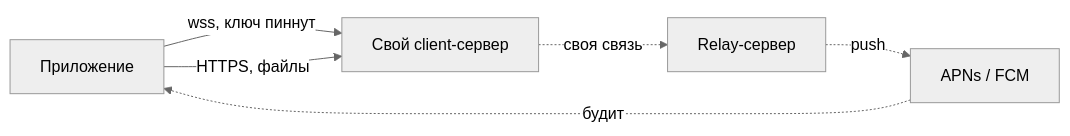
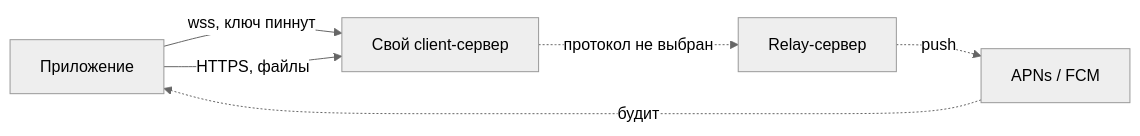
Before and after one commit to cyphernet-labs/nox-app: the first of 3 diagrams in docs/preview/client-backend-connect/client-backend-connect-preview.md, drawn with Mermaid (neutral theme). The commit also changed other lines of this file and 3 other files, not shown here.

````diff
--- a/docs/preview/client-backend-connect/client-backend-connect-preview.md
+++ b/docs/preview/client-backend-connect/client-backend-connect-preview.md
@@ -25,8 +25,8 @@
 ```mermaid
 flowchart LR
   APP["Приложение"] -->|"wss, ключ пиннут"| CB["Свой client-сервер"]
   APP -->|"HTTPS, файлы"| CB
-  CB -.->|"своя связь"| RELAY["Relay-сервер"]
+  CB -.->|"протокол не выбран"| RELAY["Relay-сервер"]
   RELAY -.->|"push"| APNS["APNs / FCM"]
   APNS -.->|"будит"| APP
 ```
````
